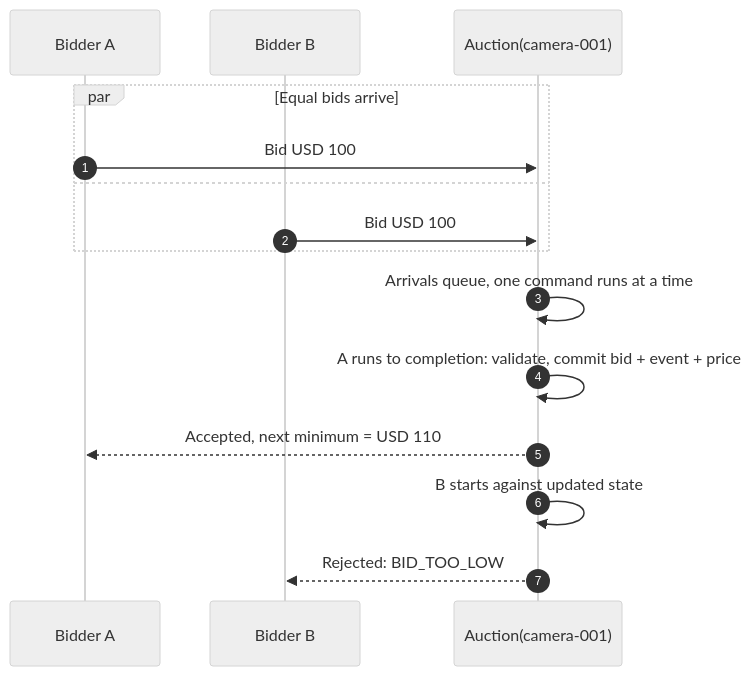
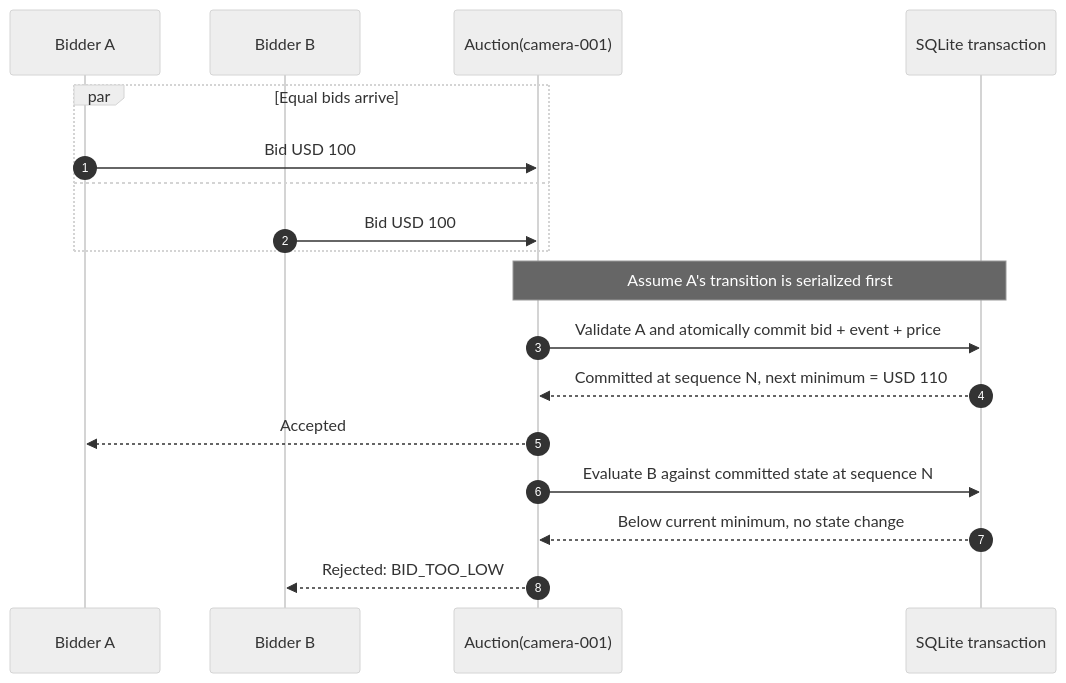
The sixth of 12 diagrams in SYSTEM_DESIGN.md (aranlucas/live-auction), drawn with Mermaid (neutral theme) before and after one commit. The commit also changed other lines of this file, not shown here.

````diff
--- a/SYSTEM_DESIGN.md
+++ b/SYSTEM_DESIGN.md
@@ -307,18 +307,21 @@
 ```mermaid
 sequenceDiagram
     autonumber
     participant A as Bidder A
     participant B as Bidder B
     participant DO as Auction(camera-001)
+    participant DB as SQLite transaction
 
     par Equal bids arrive
         A->>DO: Bid USD 100
     and
         B->>DO: Bid USD 100
     end
-    DO->>DO: Arrivals queue, one command runs at a time
-    DO->>DO: A runs to completion: validate, commit bid + event + price
-    DO-->>A: Accepted, next minimum = USD 110
-    DO->>DO: B starts against updated state
+    Note over DO,DB: Assume A's transition is serialized first
+    DO->>DB: Validate A and atomically commit bid + event + price
+    DB-->>DO: Committed at sequence N, next minimum = USD 110
+    DO-->>A: Accepted
+    DO->>DB: Evaluate B against committed state at sequence N
+    DB-->>DO: Below current minimum, no state change
     DO-->>B: Rejected: BID_TOO_LOW
 ```
````
